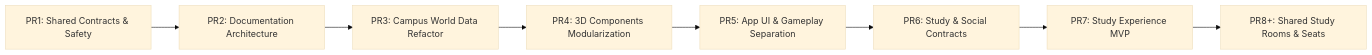
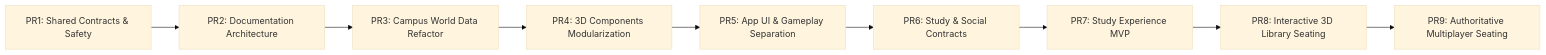
The diagram in docs/product/roadmap.md (haianhant/hust-hsk), drawn with Mermaid (base theme) before and after one commit. The commit also changed other lines of this file and 34 other files, not shown here.

Commit message:
feat(study): implement interactive 3D library seating and study session binding (PR8)

````diff
--- a/docs/product/roadmap.md
+++ b/docs/product/roadmap.md
@@ -19,10 +19,11 @@
 ```mermaid
 flowchart LR
   PR1["PR1: Shared Contracts & Safety"] --> PR2["PR2: Documentation Architecture"]
   PR2 --> PR3["PR3: Campus World Data Refactor"]
   PR3 --> PR4["PR4: 3D Components Modularization"]
   PR4 --> PR5["PR5: App UI & Gameplay Separation"]
   PR5 --> PR6["PR6: Study & Social Contracts"]
   PR6 --> PR7["PR7: Study Experience MVP"]
-  PR7 --> PR8["PR8+: Shared Study Rooms & Seats"]
+  PR7 --> PR8["PR8: Interactive 3D Library Seating"]
+  PR8 --> PR9["PR9: Authoritative Multiplayer Seating"]
 ```
````
